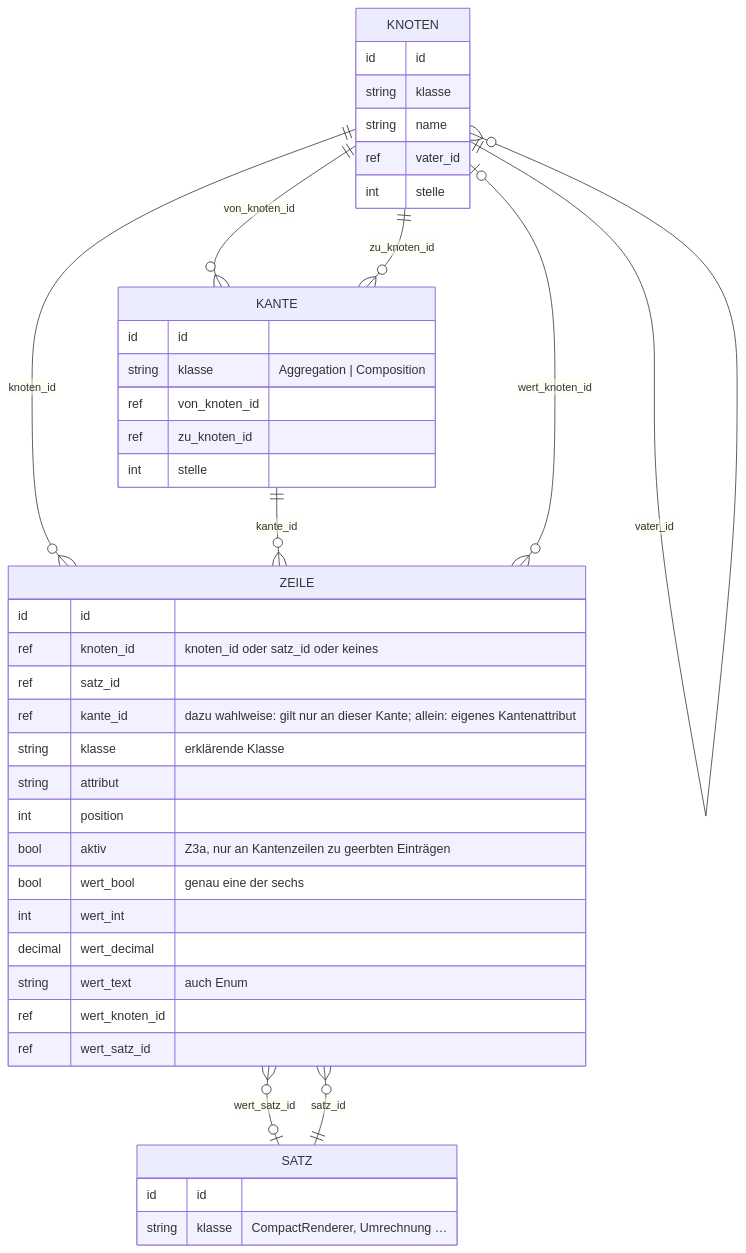
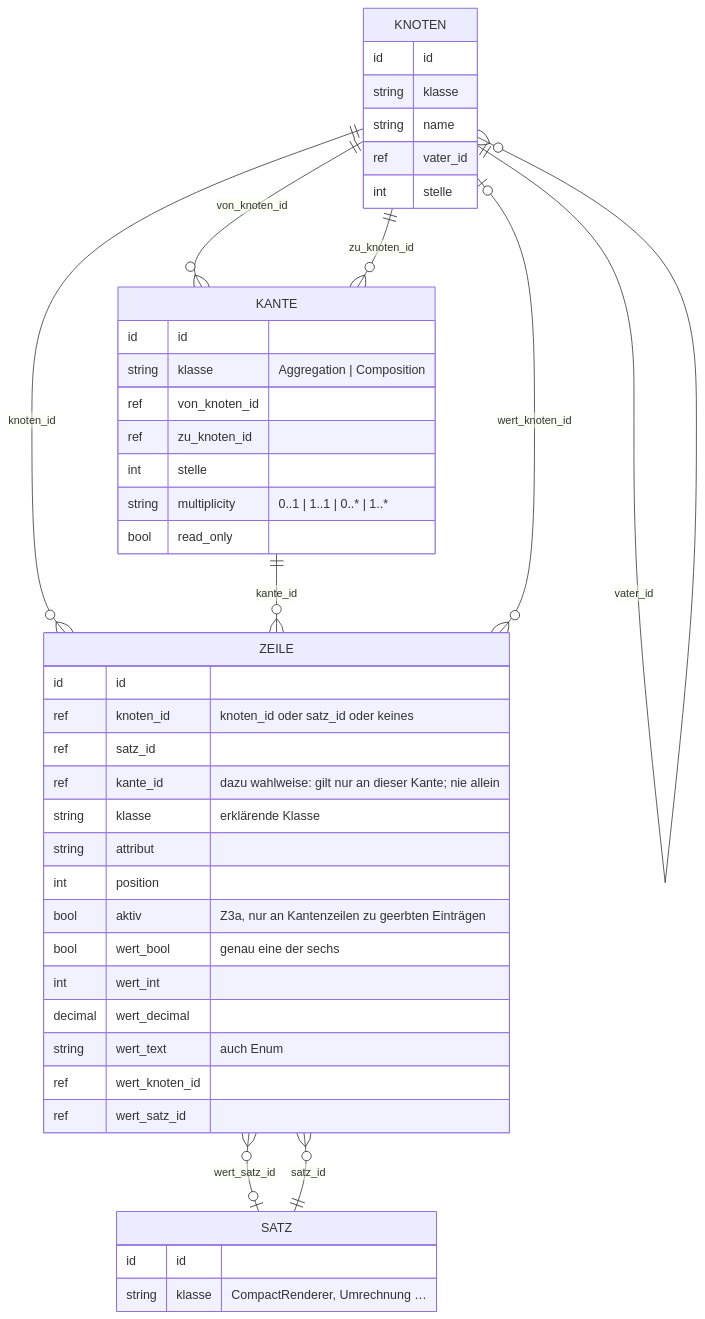
One commit to sfambach/wp-taxonomy-modeler changed diagram 11 of 11 in docs/einstellungen-von-null.md. Above: the diagram before and after it, drawn with Mermaid. The commit also changed other lines of this file, not shown here.

Commit message:
Einstellungen von null: multiplicity und read_only sind Spalten der Kante, keine Zeilen - Regel Spalte statt Zeile; kante_id in der Zeile nie allein; L8 bestaetigt

````diff
--- a/docs/einstellungen-von-null.md
+++ b/docs/einstellungen-von-null.md
@@ -1031,45 +1046,47 @@
 ```mermaid
 erDiagram
   KNOTEN ||--o{ KNOTEN : "vater_id"
   KNOTEN ||--o{ KANTE : "von_knoten_id"
   KNOTEN ||--o{ KANTE : "zu_knoten_id"
   KNOTEN ||--o{ ZEILE : "knoten_id"
   KANTE ||--o{ ZEILE : "kante_id"
   SATZ ||--o{ ZEILE : "satz_id"
   ZEILE }o--o| SATZ : "wert_satz_id"
   ZEILE }o--o| KNOTEN : "wert_knoten_id"
   KNOTEN {
     id id
     string klasse
     string name
     ref vater_id
     int stelle
   }
   KANTE {
     id id
     string klasse "Aggregation | Composition"
     ref von_knoten_id
     ref zu_knoten_id
     int stelle
+    string multiplicity "0..1 | 1..1 | 0..* | 1..*"
+    bool read_only
   }
   SATZ {
     id id
     string klasse "CompactRenderer, Umrechnung …"
   }
   ZEILE {
     id id
     ref knoten_id "knoten_id oder satz_id oder keines"
     ref satz_id
-    ref kante_id "dazu wahlweise: gilt nur an dieser Kante; allein: eigenes Kantenattribut"
+    ref kante_id "dazu wahlweise: gilt nur an dieser Kante; nie allein"
     string klasse "erklärende Klasse"
     string attribut
     int position
     bool aktiv "Z3a, nur an Kantenzeilen zu geerbten Einträgen"
     bool wert_bool "genau eine der sechs"
     int wert_int
     decimal wert_decimal
     string wert_text "auch Enum"
     ref wert_knoten_id
     ref wert_satz_id
   }
 ```
````
